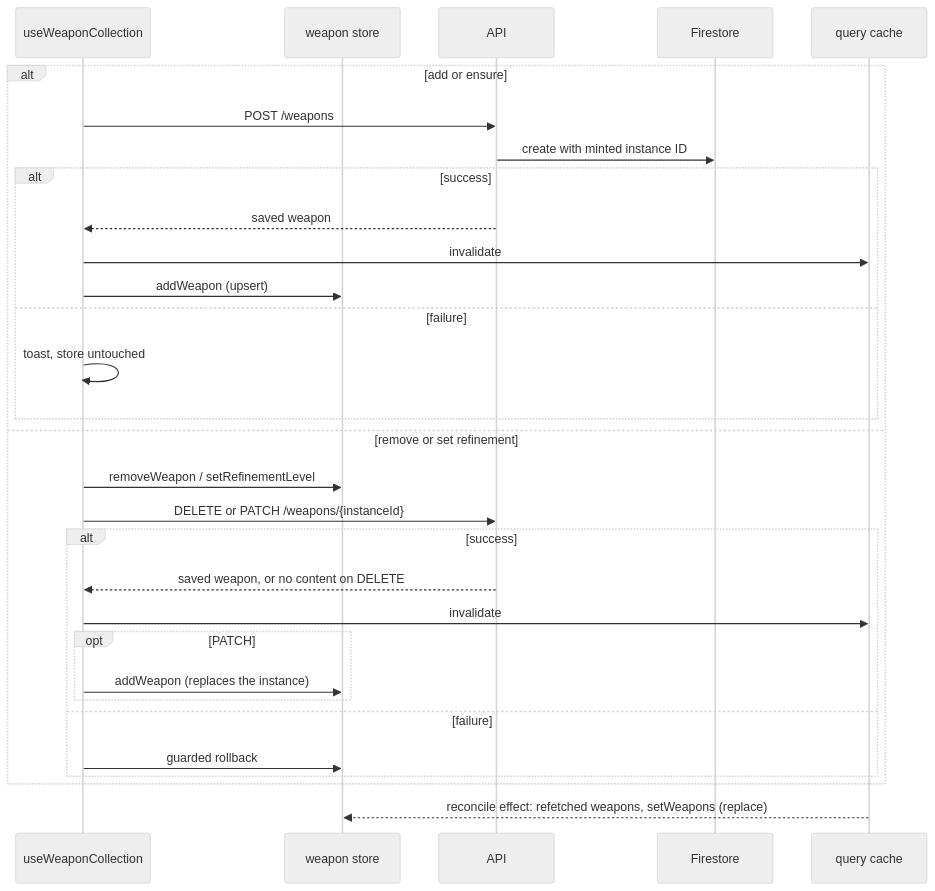
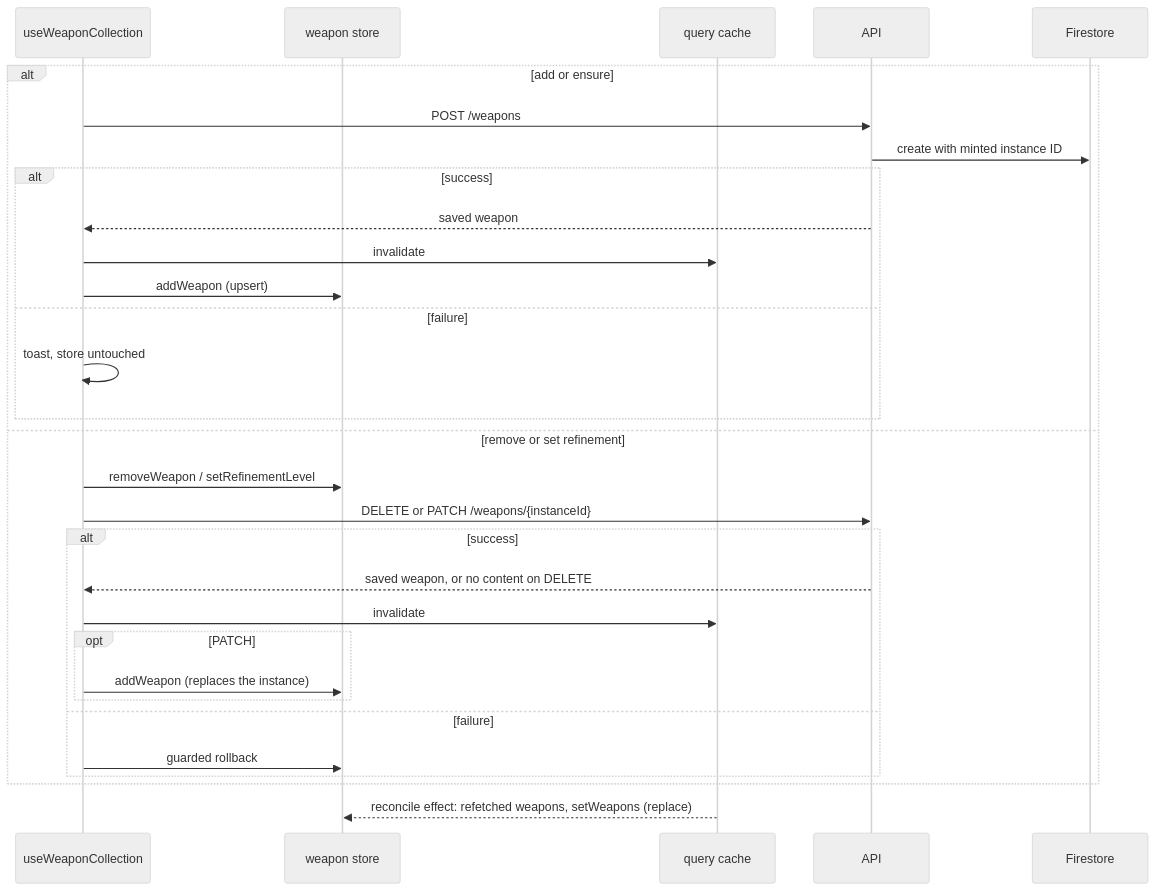
The second of 4 diagrams in docs/reference/data-flow-write-paths.md (dungeon-studio/genshin.dungeon.studio), drawn with Mermaid (neutral theme) before and after one commit. The commit also changed other lines of this file, not shown here.

First line of the commit message:
docs: order sequence participants from user to Firestore

````diff
--- a/docs/reference/data-flow-write-paths.md
+++ b/docs/reference/data-flow-write-paths.md
@@ -77,33 +77,33 @@
 ```mermaid
 sequenceDiagram
   participant Hook as useWeaponCollection
   participant Store as weapon store
+  participant Cache as query cache
   participant API as API
   participant FS as Firestore
-  participant Cache as query cache
 
   alt add or ensure
     Hook->>API: POST /weapons
     API->>FS: create with minted instance ID
     alt success
       API-->>Hook: saved weapon
       Hook->>Cache: invalidate
       Hook->>Store: addWeapon (upsert)
     else failure
       Hook->>Hook: toast, store untouched
     end
   else remove or set refinement
     Hook->>Store: removeWeapon / setRefinementLevel
     Hook->>API: DELETE or PATCH /weapons/{instanceId}
     alt success
       API-->>Hook: saved weapon, or no content on DELETE
       Hook->>Cache: invalidate
       opt PATCH
         Hook->>Store: addWeapon (replaces the instance)
       end
     else failure
       Hook->>Store: guarded rollback
     end
   end
   Cache-->>Store: reconcile effect: refetched weapons, setWeapons (replace)
 ```
````
